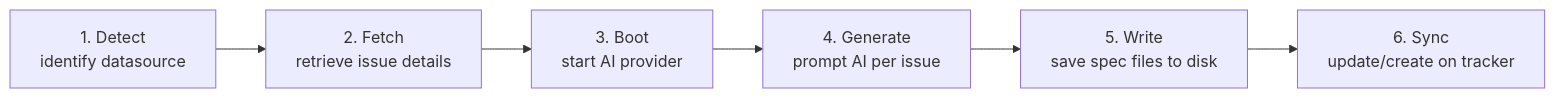
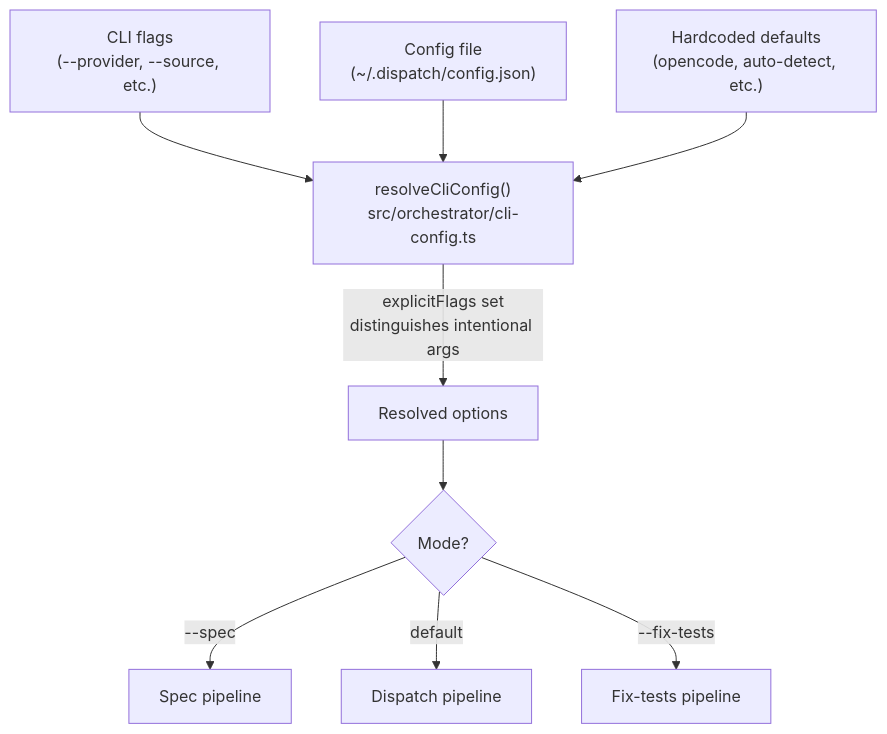
Before and after one commit to PatrickRuddiman/Dispatch: the third of 5 diagrams in docs/architecture.md, drawn with Mermaid. The commit also changed other lines of this file and 53 other files, not shown here.

````diff
--- a/docs/architecture.md
+++ b/docs/architecture.md
@@ -194,8 +126,11 @@
 ```mermaid
-flowchart LR
-    A["1. Detect<br/>identify datasource"] --> B["2. Fetch<br/>retrieve issue details"]
-    B --> C["3. Boot<br/>start AI provider"]
-    C --> D["4. Generate<br/>prompt AI per issue"]
-    D --> E["5. Write<br/>save spec files to disk"]
-    E --> F["6. Sync<br/>update/create on tracker"]
+flowchart TD
+    A["CLI flags<br/>(--provider, --source, etc.)"] --> D["resolveCliConfig()<br/>src/orchestrator/cli-config.ts"]
+    B["Config file<br/>(~/.dispatch/config.json)"] --> D
+    C["Hardcoded defaults<br/>(opencode, auto-detect, etc.)"] --> D
+    D -->|"explicitFlags set<br/>distinguishes intentional args"| E["Resolved options"]
+    E --> F{"Mode?"}
+    F -->|"--spec"| G["Spec pipeline"]
+    F -->|"default"| H["Dispatch pipeline"]
+    F -->|"--fix-tests"| I["Fix-tests pipeline"]
 ```
````
